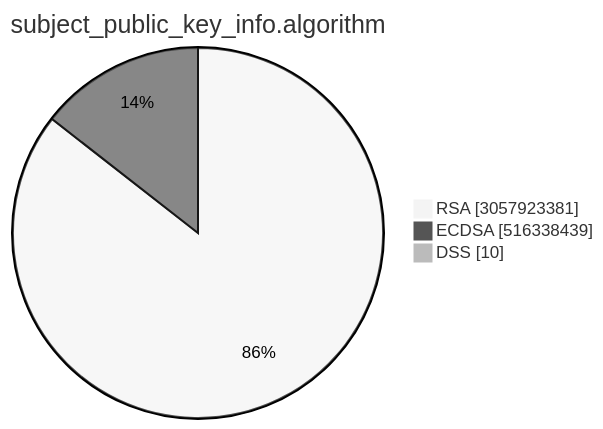
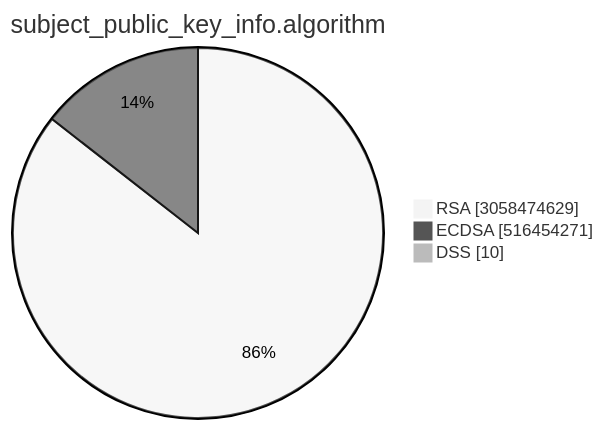
Before and after one commit to christiankrug/ctmonitor_visualization: the second of 15 diagrams in TOTAL/README.md, drawn with Mermaid (neutral theme). The commit also changed other lines of this file, not shown here.

````diff
--- a/TOTAL/README.md
+++ b/TOTAL/README.md
@@ -6,7 +6,7 @@
 ```mermaid
 pie showData
 title subject_public_key_info.algorithm
-"RSA" :3057923381
-"ECDSA" :516338439
+"RSA" :3058474629
+"ECDSA" :516454271
 "DSS" :10
 ```
````
